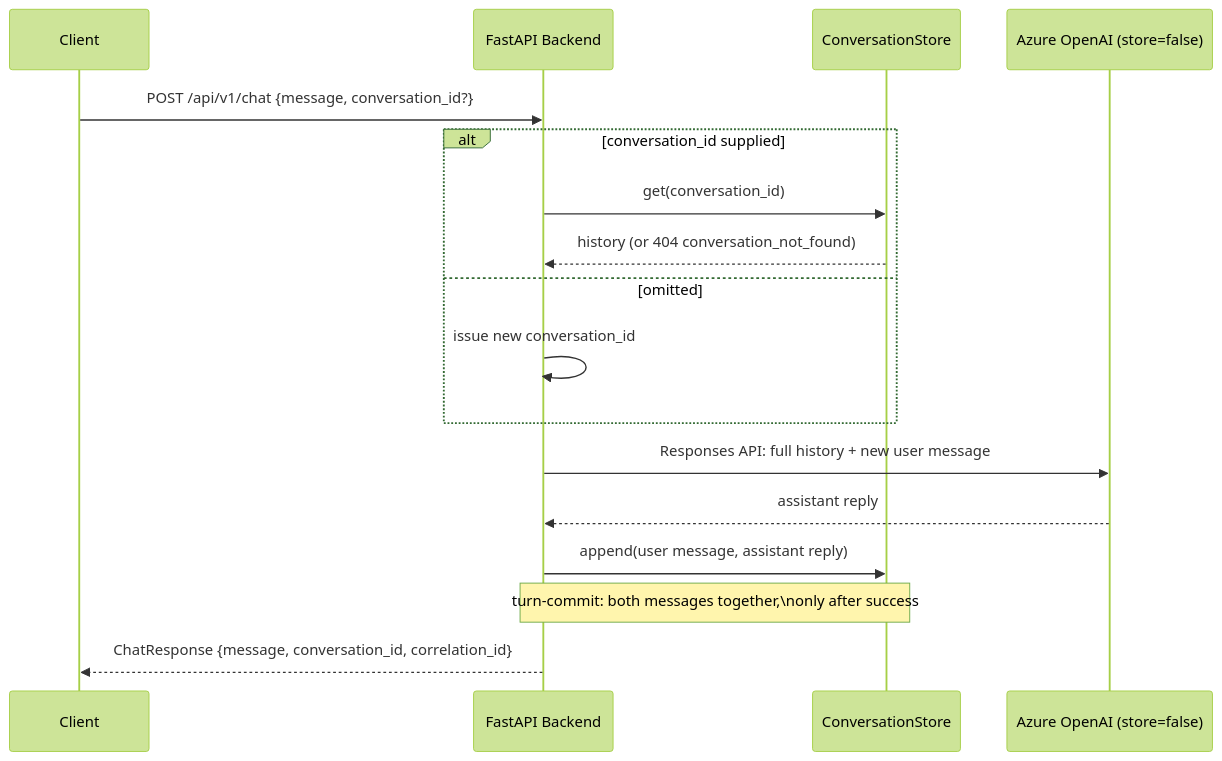
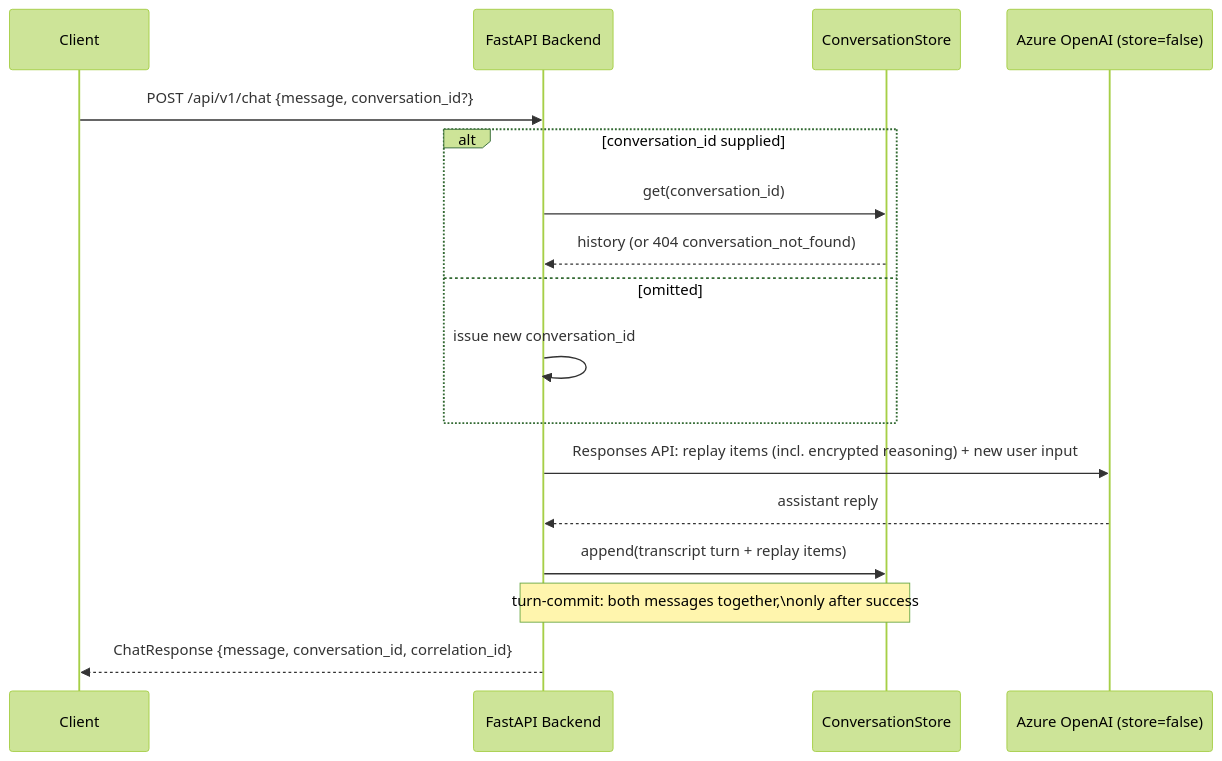
One commit to kehao-playground/azure-genai-backend-lab changed the diagram in docs/diagrams/chat-sequence.md. Above: the diagram before and after it, drawn with Mermaid (forest theme). The commit also changed 20 other files, not shown here.

````diff
--- a/docs/diagrams/chat-sequence.md
+++ b/docs/diagrams/chat-sequence.md
@@ -3,20 +3,20 @@
 ```mermaid
 sequenceDiagram
     participant Client
     participant API as FastAPI Backend
     participant Store as ConversationStore
     participant LLM as Azure OpenAI (store=false)
 
     Client->>API: POST /api/v1/chat {message, conversation_id?}
     alt conversation_id supplied
         API->>Store: get(conversation_id)
         Store-->>API: history (or 404 conversation_not_found)
     else omitted
         API->>API: issue new conversation_id
     end
-    API->>LLM: Responses API: full history + new user message
+    API->>LLM: Responses API: replay items (incl. encrypted reasoning) + new user input
     LLM-->>API: assistant reply
-    API->>Store: append(user message, assistant reply)
+    API->>Store: append(transcript turn + replay items)
     Note over API,Store: turn-commit: both messages together,\nonly after success
     API-->>Client: ChatResponse {message, conversation_id, correlation_id}
 ```
````
